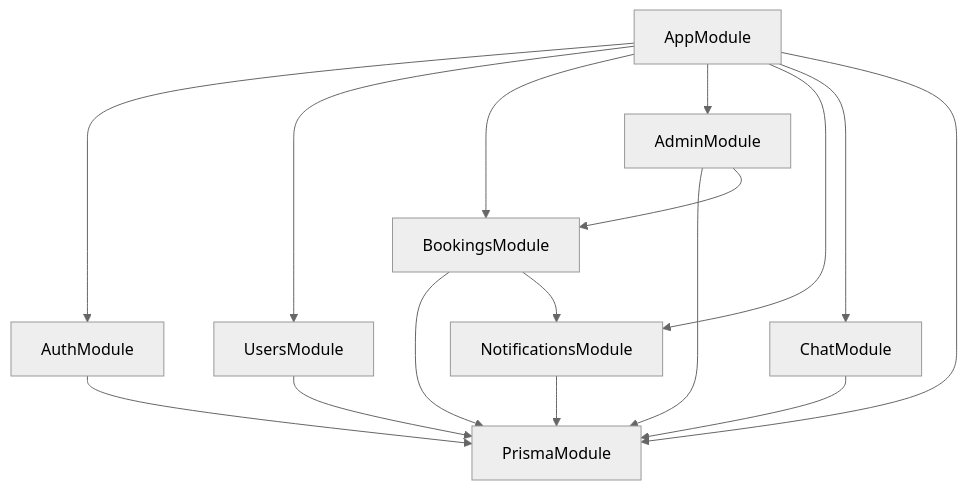
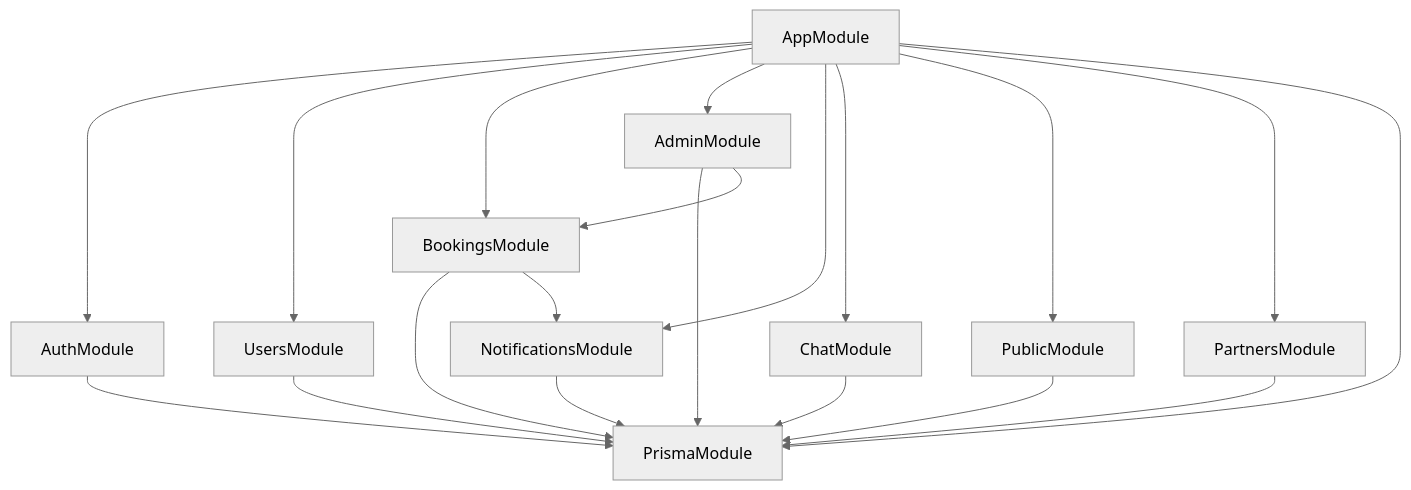
The diagram in server/modules.mdx (krish-anu/docs), drawn with Mermaid (neutral theme) before and after one commit. The commit also changed other lines of this file and 50 other files, not shown here.

````diff
--- a/server/modules.mdx
+++ b/server/modules.mdx
@@ -226,19 +240,23 @@
 ```mermaid
 graph TD
     A[AppModule] --> B[AuthModule]
     A --> C[UsersModule]
     A --> D[BookingsModule]
     A --> E[AdminModule]
     A --> F[NotificationsModule]
     A --> G[ChatModule]
-    A --> H[PrismaModule]
+    A --> H[PublicModule]
+    A --> I[PartnersModule]
+    A --> J[PrismaModule]
 
-    B --> H
-    C --> H
-    D --> H
+    B --> J
+    C --> J
+    D --> J
     D --> F
-    E --> H
+    E --> J
     E --> D
-    F --> H
-    G --> H
+    F --> J
+    G --> J
+    H --> J
+    I --> J
 ```
````
